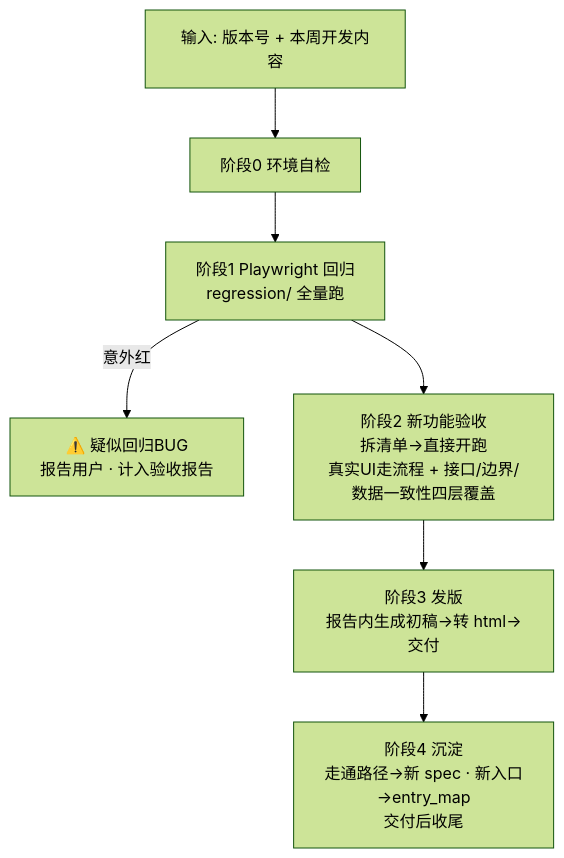
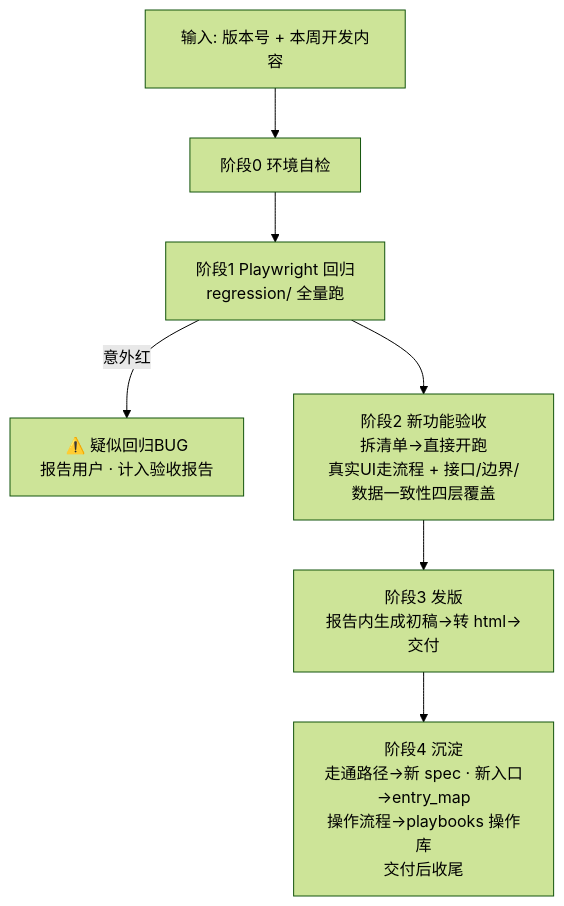
One commit to ddddd-xy126/51PM-yanshou-ceshi-faban changed the diagram in skills/SKILL.md. Above: the diagram before and after it, drawn with Mermaid (forest theme). The commit also changed other lines of this file and 26 other files, not shown here.

````diff
--- a/skills/SKILL.md
+++ b/skills/SKILL.md
@@ -15,9 +15,9 @@
 ```mermaid
 graph TD
     A[输入: 版本号 + 本周开发内容] --> B[阶段0 环境自检]
     B --> C[阶段1 Playwright 回归<br>regression/ 全量跑]
     C -->|意外红| C1[⚠️ 疑似回归BUG<br>报告用户 · 计入验收报告]
     C --> D[阶段2 新功能验收<br>拆清单→直接开跑<br>真实UI走流程 + 接口/边界/数据一致性四层覆盖]
     D --> E[阶段3 发版<br>报告内生成初稿→转 html→交付]
-    E --> F[阶段4 沉淀<br>走通路径→新 spec · 新入口→entry_map<br>交付后收尾]
+    E --> F[阶段4 沉淀<br>走通路径→新 spec · 新入口→entry_map<br>操作流程→playbooks 操作库<br>交付后收尾]
 ```
````
